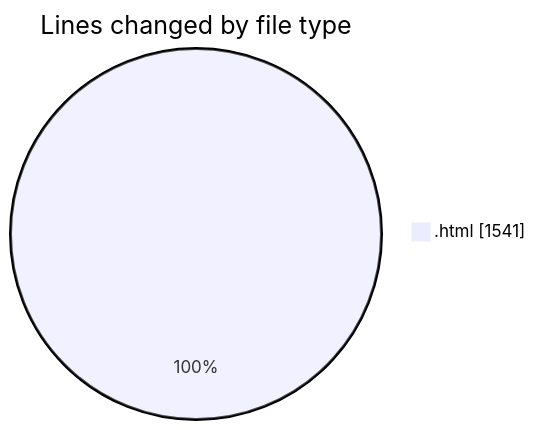
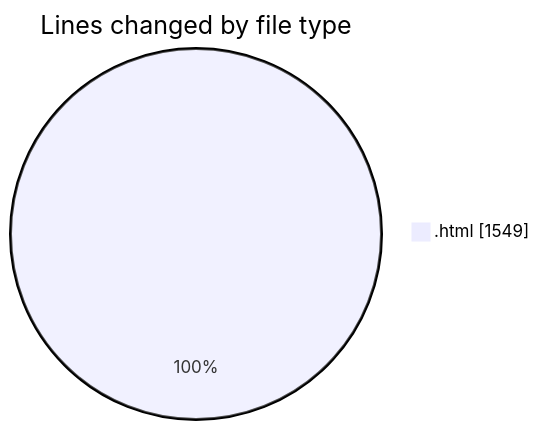
Before and after one commit to Ritupan-Deka/code-tracking: the first of 2 diagrams in 2025-06-17/projects/README.md, drawn with Mermaid. The commit also changed other lines of this file and 1 other file, not shown here.

````diff
--- a/2025-06-17/projects/README.md
+++ b/2025-06-17/projects/README.md
@@ -20,5 +20,5 @@
 ```mermaid
 pie showData
 title Lines changed by file type
-".html" : 1541
+".html" : 1549
 ```
````
